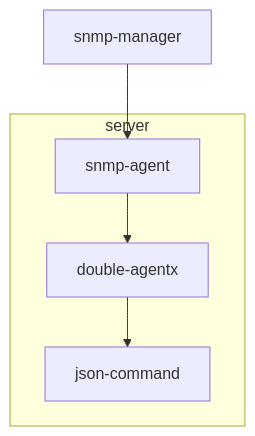
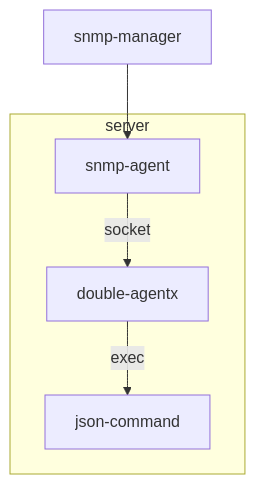
Before and after one commit to openbrian/double-agentx: the diagram in README.md, drawn with Mermaid.

Commit message:
socket-exec

````diff
--- a/README.md
+++ b/README.md
@@ -24,12 +24,12 @@
 ```mermaid
 graph TD;
     subgraph server
         snmp-agent
         double-agentx
         json-command
-        snmp-agent --> double-agentx
-        double-agentx --> json-command
+        snmp-agent --socket--> double-agentx
+        double-agentx --exec--> json-command
     end
 
     snmp-manager --> snmp-agent
 ```
````
